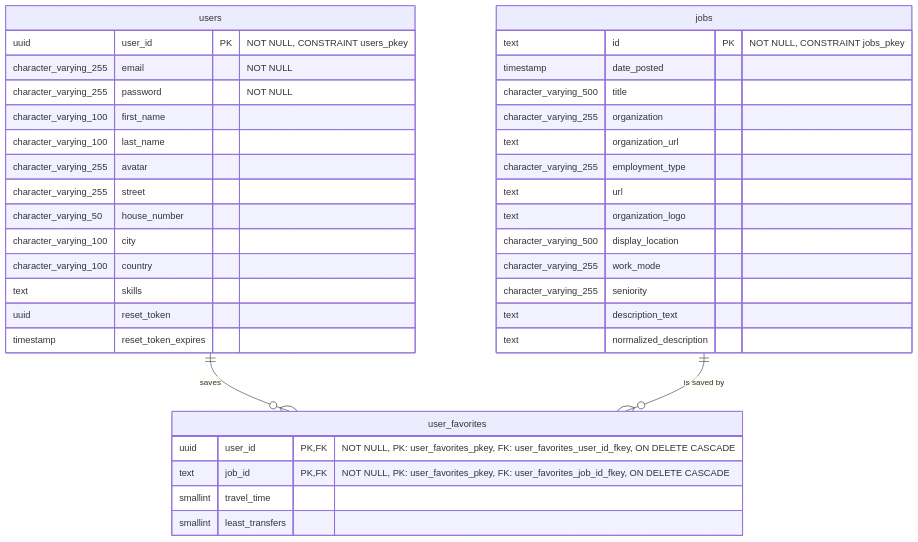
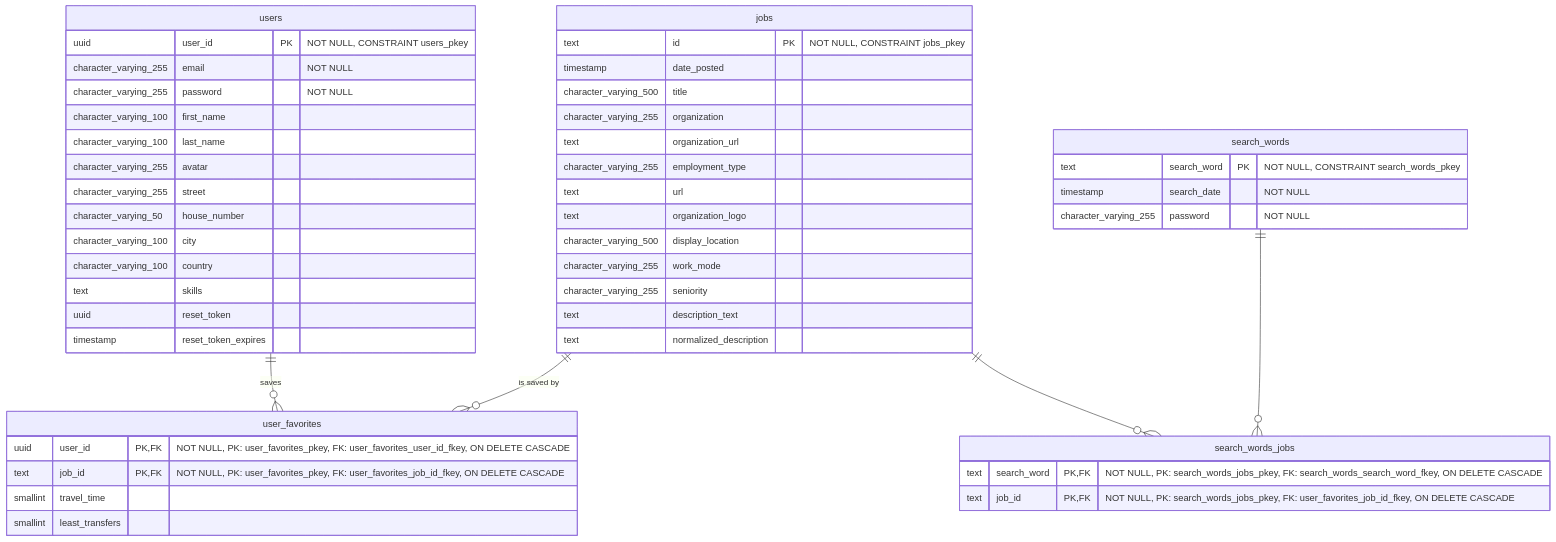
The diagram in documentation/ERD.md (YahyaAl-Ademi/2025.10.23-JobCompass), drawn with Mermaid before and after one commit.

Commit message:
Update ERD to include search_words and search_words_jobs tables with relevant fields

````diff
--- a/documentation/ERD.md
+++ b/documentation/ERD.md
@@ -5,44 +5,57 @@
 ```mermaid
 erDiagram
     users ||--o{ user_favorites : "saves"
     jobs ||--o{ user_favorites : "is saved by"
+    search_words ||--o{ search_words_jobs : ""
+    jobs ||--o{ search_words_jobs : ""
 
     users {
         uuid user_id PK "NOT NULL, CONSTRAINT users_pkey"
         character_varying_255 email "NOT NULL"
         character_varying_255 password "NOT NULL"
         character_varying_100 first_name
         character_varying_100 last_name
         character_varying_255 avatar
         character_varying_255 street
         character_varying_50 house_number
         character_varying_100 city
         character_varying_100 country
         text skills
         uuid reset_token
         timestamp reset_token_expires
     }
 
     jobs {
         text id PK "NOT NULL, CONSTRAINT jobs_pkey"
         timestamp date_posted
         character_varying_500 title
         character_varying_255 organization
         text organization_url
         character_varying_255 employment_type
         text url
         text organization_logo
         character_varying_500 display_location
         character_varying_255 work_mode
         character_varying_255 seniority
         text description_text
         text normalized_description
     }
 
     user_favorites {
         uuid user_id PK,FK "NOT NULL, PK: user_favorites_pkey, FK: user_favorites_user_id_fkey, ON DELETE CASCADE"
         text job_id PK,FK "NOT NULL, PK: user_favorites_pkey, FK: user_favorites_job_id_fkey, ON DELETE CASCADE"
         smallint travel_time
         smallint least_transfers
     }
+
+    search_words {
+        text search_word PK "NOT NULL, CONSTRAINT search_words_pkey"
+        timestamp search_date "NOT NULL"
+        character_varying_255 password "NOT NULL"
+    }
+
+    search_words_jobs {
+        text search_word PK,FK "NOT NULL, PK: search_words_jobs_pkey, FK: search_words_search_word_fkey, ON DELETE CASCADE"
+        text job_id PK,FK "NOT NULL, PK: search_words_jobs_pkey, FK: user_favorites_job_id_fkey, ON DELETE CASCADE"
+    }
 ```
````
